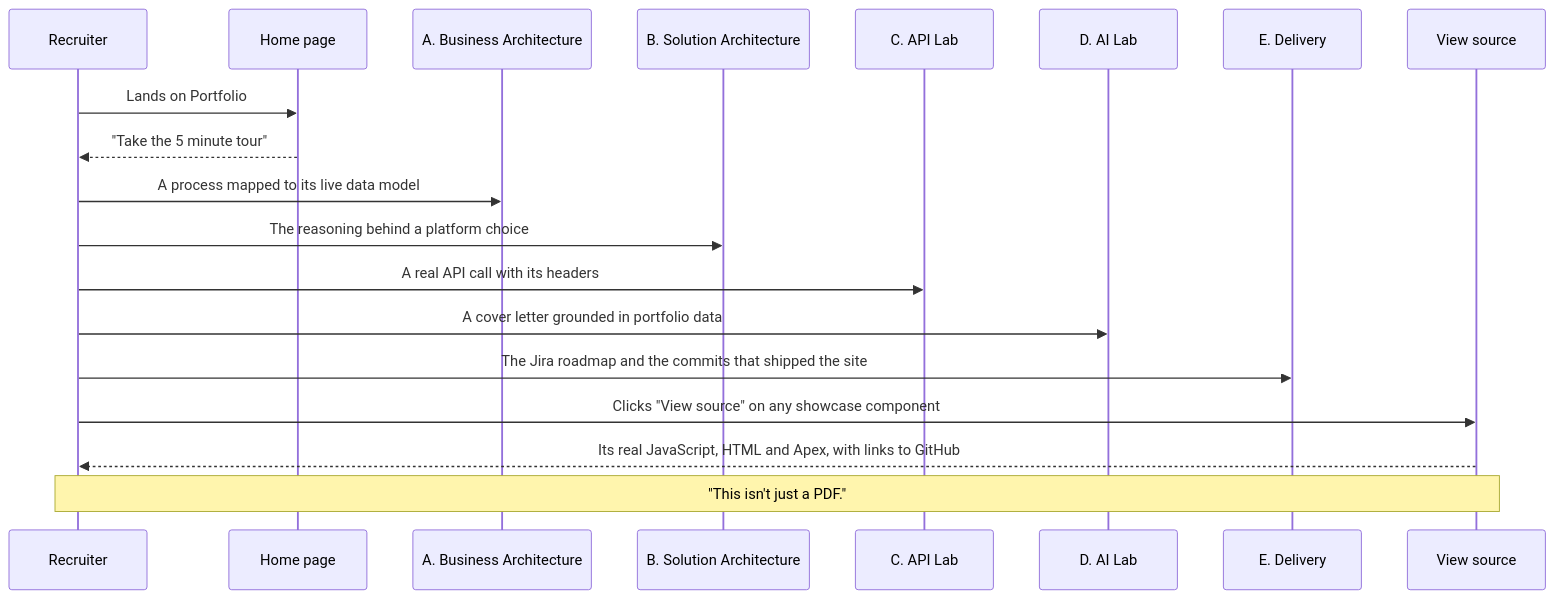
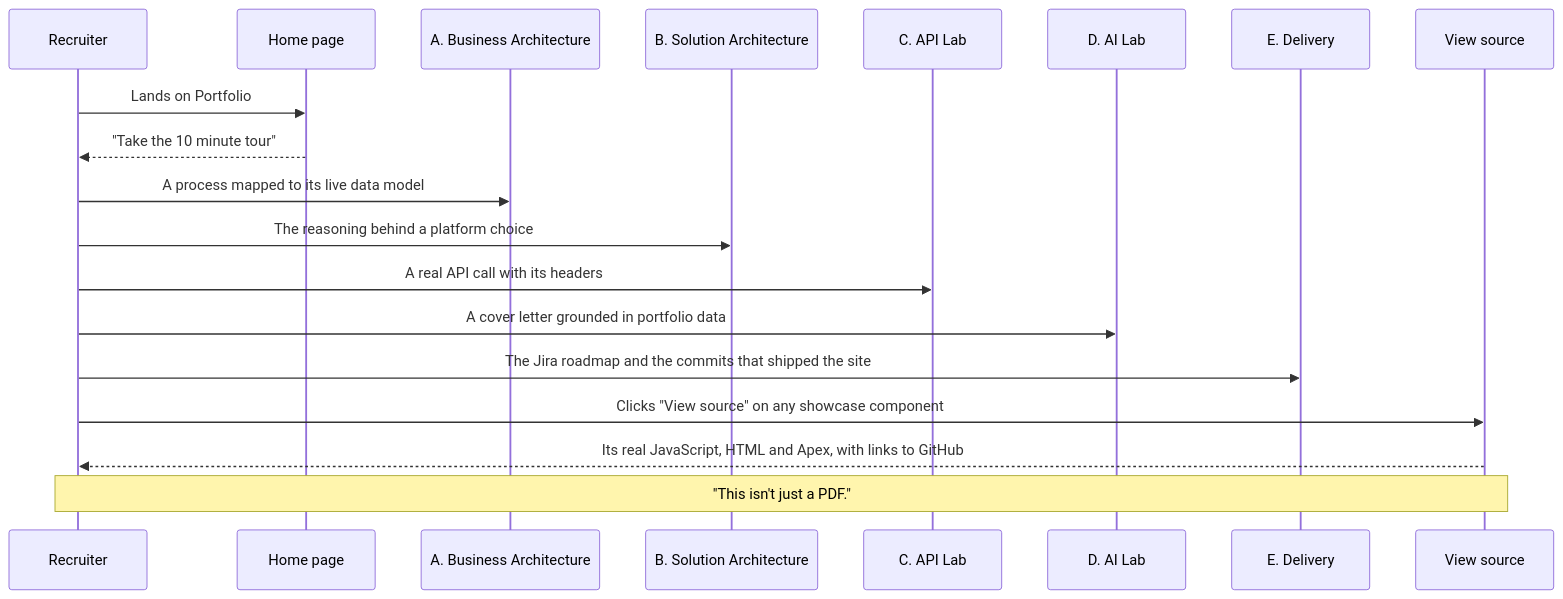
The diagram in docs/guides/01-Executive-Overview.md (rdbumstead/salesforce-platform-architect-portfolio), drawn with Mermaid before and after one commit. The commit also changed 5 other files, not shown here.

````diff
--- a/docs/guides/01-Executive-Overview.md
+++ b/docs/guides/01-Executive-Overview.md
@@ -53,22 +53,22 @@
 ```mermaid
 sequenceDiagram
     participant R as Recruiter
     participant H as Home page
     participant A as A. Business Architecture
     participant B as B. Solution Architecture
     participant C as C. API Lab
     participant D as D. AI Lab
     participant E as E. Delivery
     participant S as View source
 
     R->>H: Lands on Portfolio
-    H-->>R: "Take the 5 minute tour"
+    H-->>R: "Take the 10 minute tour"
     R->>A: A process mapped to its live data model
     R->>B: The reasoning behind a platform choice
     R->>C: A real API call with its headers
     R->>D: A cover letter grounded in portfolio data
     R->>E: The Jira roadmap and the commits that shipped the site
     R->>S: Clicks "View source" on any showcase component
     S-->>R: Its real JavaScript, HTML and Apex, with links to GitHub
     Note over R,S: "This isn't just a PDF."
 ```
````
